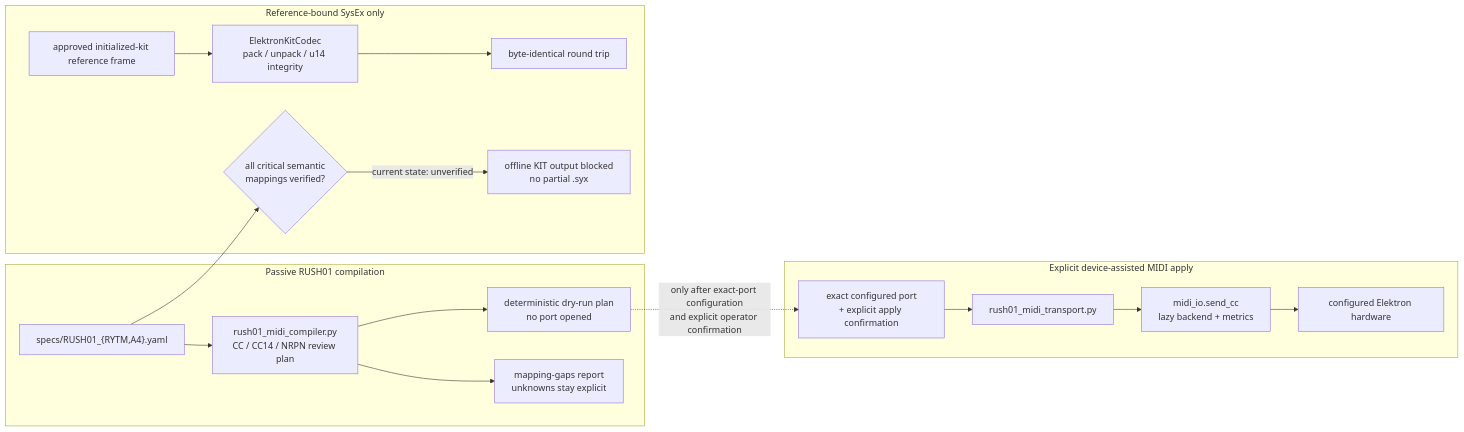
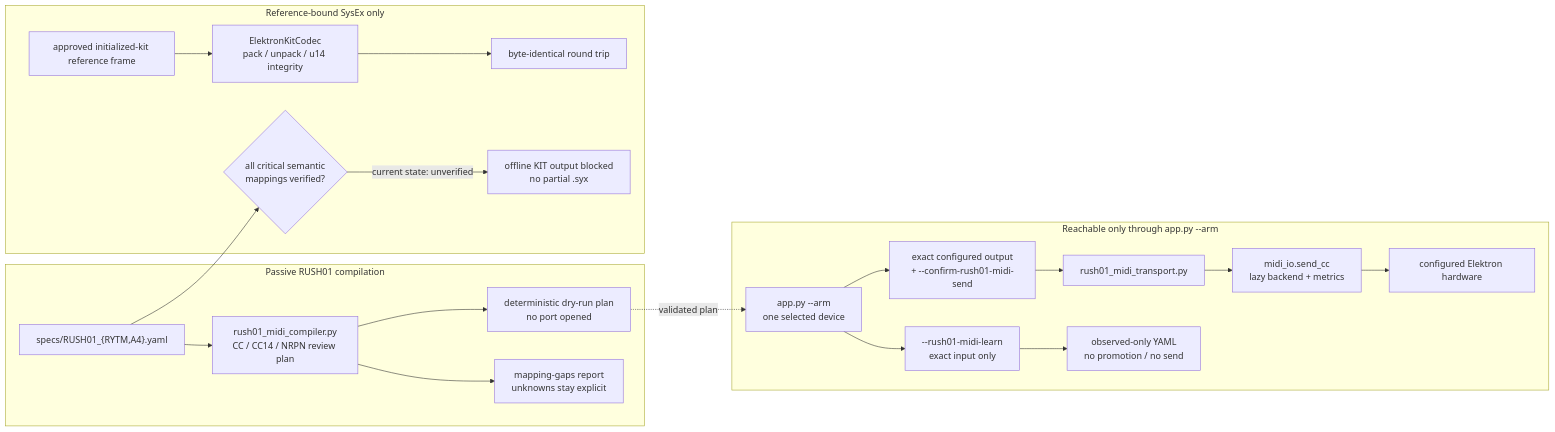
The tenth of 35 diagrams in docs/ARCHITECTURE_DIAGRAMS.md (buzzijose-hub/RytmRandomizer), drawn with Mermaid before and after one commit. The commit also changed other lines of this file and 25 other files, not shown here.

Commit message:
fix: address Rush01 MIDI safety and compiler review

````diff
--- a/docs/ARCHITECTURE_DIAGRAMS.md
+++ b/docs/ARCHITECTURE_DIAGRAMS.md
@@ -769,37 +769,43 @@
 ```mermaid
 flowchart LR
     subgraph R01Passive["Passive RUSH01 compilation"]
         R01Specs["specs/RUSH01_{RYTM,A4}.yaml"]
         R01Compiler["rush01_midi_compiler.py<br/>CC / CC14 / NRPN review plan"]
         R01DryRun["deterministic dry-run plan<br/>no port opened"]
         R01Gaps["mapping-gaps report<br/>unknowns stay explicit"]
     end
 
-    subgraph R01Active["Explicit device-assisted MIDI apply"]
-        R01Confirm["exact configured port<br/>+ explicit apply confirmation"]
+    subgraph R01Active["Reachable only through app.py --arm"]
+        R01App["app.py --arm<br/>one selected device"]
+        R01Confirm["exact configured output<br/>+ --confirm-rush01-midi-send"]
         R01Transport["rush01_midi_transport.py"]
         R01MidiBoundary["midi_io.send_cc<br/>lazy backend + metrics"]
         R01Hardware["configured Elektron hardware"]
+        R01Learn["--rush01-midi-learn<br/>exact input only"]
+        R01Observed["observed-only YAML<br/>no promotion / no send"]
     end
 
     subgraph R01Reference["Reference-bound SysEx only"]
         R01ReferenceDump["approved initialized-kit reference frame"]
         R01Codec["ElektronKitCodec<br/>pack / unpack / u14 integrity"]
         R01RoundTrip["byte-identical round trip"]
         R01SemanticGate{"all critical semantic<br/>mappings verified?"}
         R01Blocked["offline KIT output blocked<br/>no partial .syx"]
     end
 
     R01Specs --> R01Compiler
     R01Compiler --> R01DryRun
     R01Compiler --> R01Gaps
-    R01DryRun -.->|"only after exact-port configuration<br/>and explicit operator confirmation"| R01Confirm
+    R01DryRun -.->|"validated plan"| R01App
+    R01App --> R01Confirm
     R01Confirm --> R01Transport
     R01Transport --> R01MidiBoundary
     R01MidiBoundary --> R01Hardware
+    R01App --> R01Learn
+    R01Learn --> R01Observed
 
     R01ReferenceDump --> R01Codec
     R01Codec --> R01RoundTrip
     R01Specs --> R01SemanticGate
     R01SemanticGate -->|"current state: unverified"| R01Blocked
 ```
````
